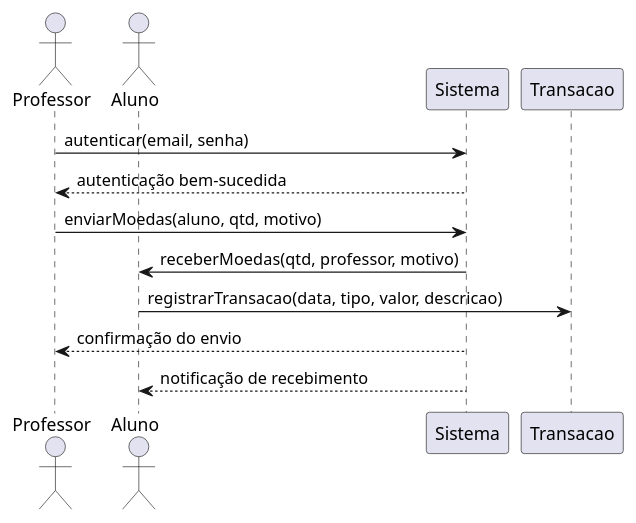
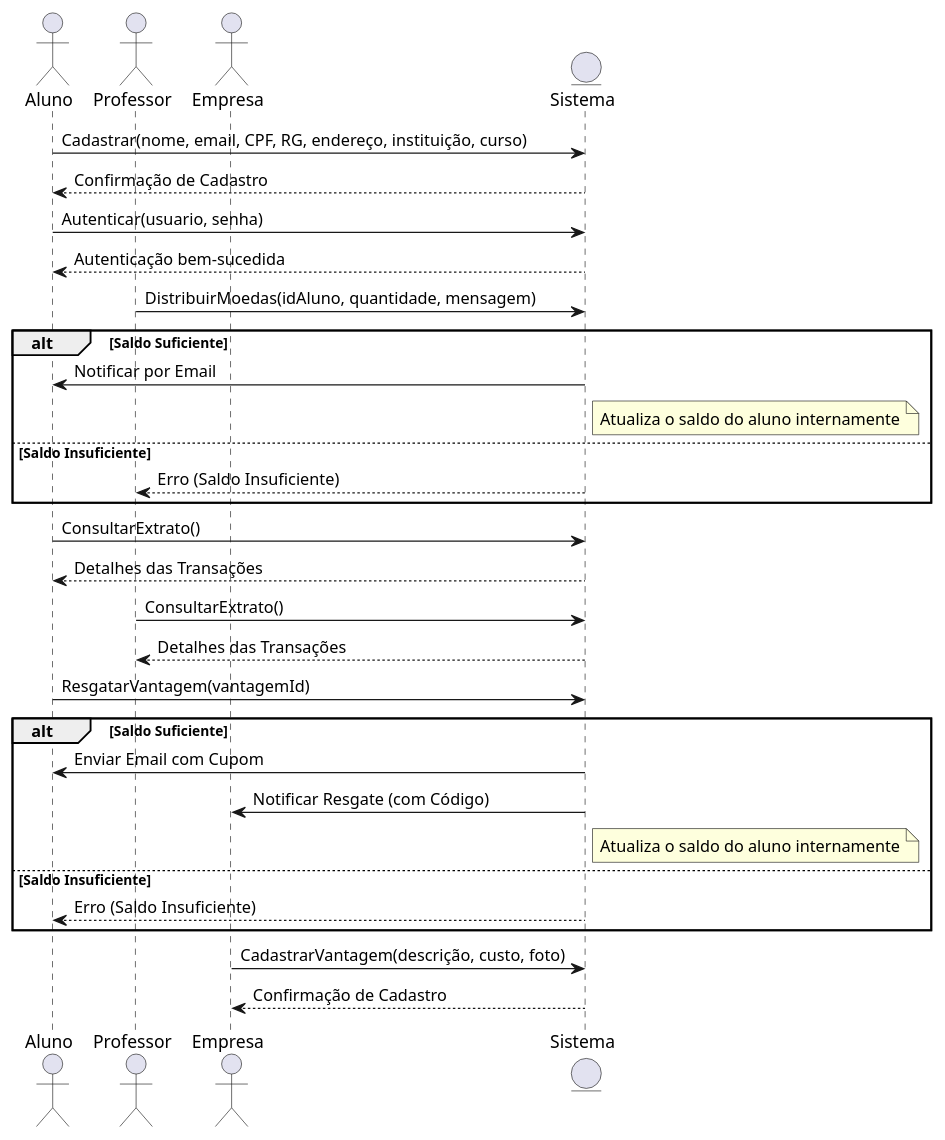
Before and after one commit to Gabrielcefetzada/lab-software-3: the diagram in docs/diagrama_de_sequencia.puml, drawn with PlantUML.

Commit message:
correção diagrama de sequencia

```diff
--- a/docs/diagrama_de_sequencia.puml
+++ b/docs/diagrama_de_sequencia.puml
@@ -1,16 +1,45 @@
 @startuml
-actor Professor as professor
-actor Aluno as aluno
-participant "Sistema" as sistema
-participant "Transacao" as transacao
+actor "Aluno" as Aluno
+actor "Professor" as Professor
+actor "Empresa" as Empresa
+entity "Sistema" as Sistema
 
-professor -> sistema: autenticar(email, senha)
-sistema --> professor: autenticação bem-sucedida
+' Cadastro do aluno
+Aluno -> Sistema: Cadastrar(nome, email, CPF, RG, endereço, instituição, curso)
+Sistema --> Aluno: Confirmação de Cadastro
 
-professor -> sistema: enviarMoedas(aluno, qtd, motivo)
-sistema -> aluno: receberMoedas(qtd, professor, motivo)
-aluno -> transacao: registrarTransacao(data, tipo, valor, descricao)
+' Login no sistema
+Aluno -> Sistema: Autenticar(usuario, senha)
+Sistema --> Aluno: Autenticação bem-sucedida
 
-sistema --> professor: confirmação do envio
-sistema --> aluno: notificação de recebimento
+' Distribuição de moedas pelo professor
+Professor -> Sistema: DistribuirMoedas(idAluno, quantidade, mensagem)
+alt Saldo Suficiente
+    Sistema -> Aluno: Notificar por Email
+    note right of Sistema: Atualiza o saldo do aluno internamente
+else Saldo Insuficiente
+    Sistema --> Professor: Erro (Saldo Insuficiente)
+end
+
+' Consulta de extrato (aluno)
+Aluno -> Sistema: ConsultarExtrato()
+Sistema --> Aluno: Detalhes das Transações
+
+' Consulta de extrato (professor)
+Professor -> Sistema: ConsultarExtrato()
+Sistema --> Professor: Detalhes das Transações
+
+' Resgate de vantagens pelo aluno
+Aluno -> Sistema: ResgatarVantagem(vantagemId)
+alt Saldo Suficiente
+    Sistema -> Aluno: Enviar Email com Cupom
+    Sistema -> Empresa: Notificar Resgate (com Código)
+    note right of Sistema: Atualiza o saldo do aluno internamente
+else Saldo Insuficiente
+    Sistema --> Aluno: Erro (Saldo Insuficiente)
+end
+
+' Cadastro de vantagens pela empresa
+Empresa -> Sistema: CadastrarVantagem(descrição, custo, foto)
+Sistema --> Empresa: Confirmação de Cadastro
 @enduml
```
